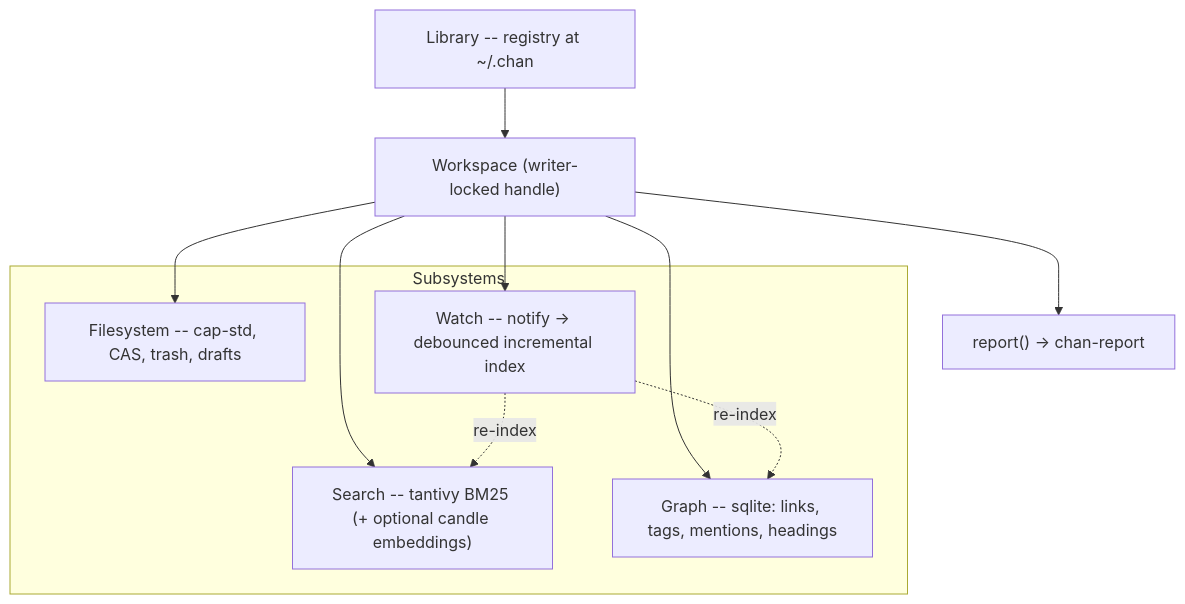
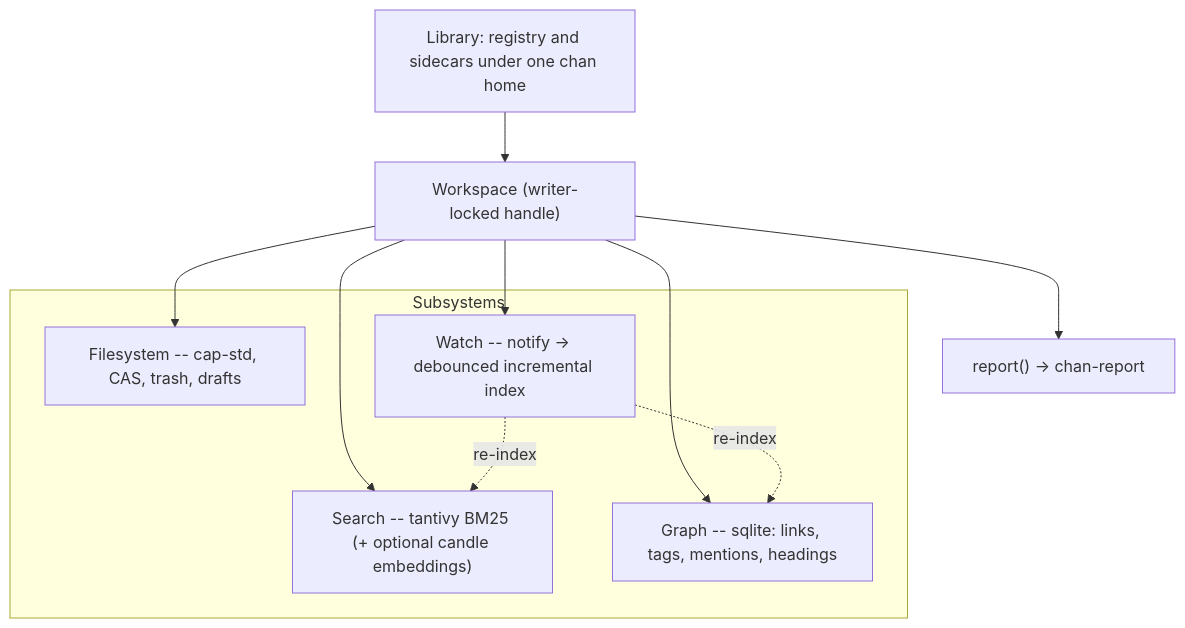
One commit to fiorix/chan changed the first of 4 diagrams in crates/chan-workspace/design.md. Above: the diagram before and after it, drawn with Mermaid. The commit also changed other lines of this file and 3 other files, not shown here.

First line of the commit message:
fix(workspace): bind library sidecars to config

````diff
--- a/crates/chan-workspace/design.md
+++ b/crates/chan-workspace/design.md
@@ -36,17 +36,17 @@
 ```mermaid
 flowchart TB
-  Lib["Library -- registry at ~/.chan"] --> WS["Workspace (writer-locked handle)"]
+  Lib["Library: registry and sidecars under one chan home"] --> WS["Workspace (writer-locked handle)"]
   subgraph Subsystems
     FS["Filesystem -- cap-std, CAS, trash, drafts"]
     Search["Search -- tantivy BM25 (+ optional candle embeddings)"]
     Graph["Graph -- sqlite: links, tags, mentions, headings"]
     Watch["Watch -- notify -> debounced incremental index"]
   end
   WS --> FS
   WS --> Search
   WS --> Graph
   WS --> Watch
   Watch -. re-index .-> Search
   Watch -. re-index .-> Graph
   WS --> Report["report() -> chan-report"]
 ```
````
